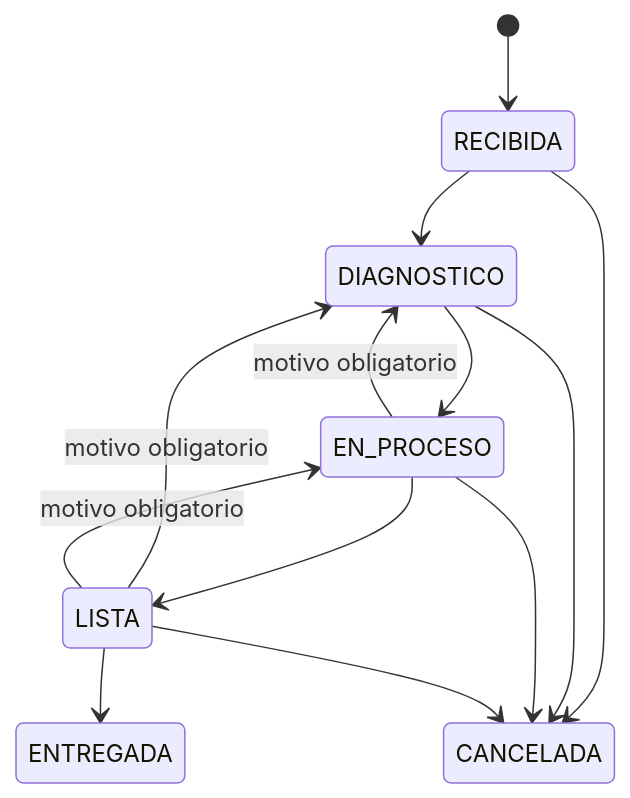
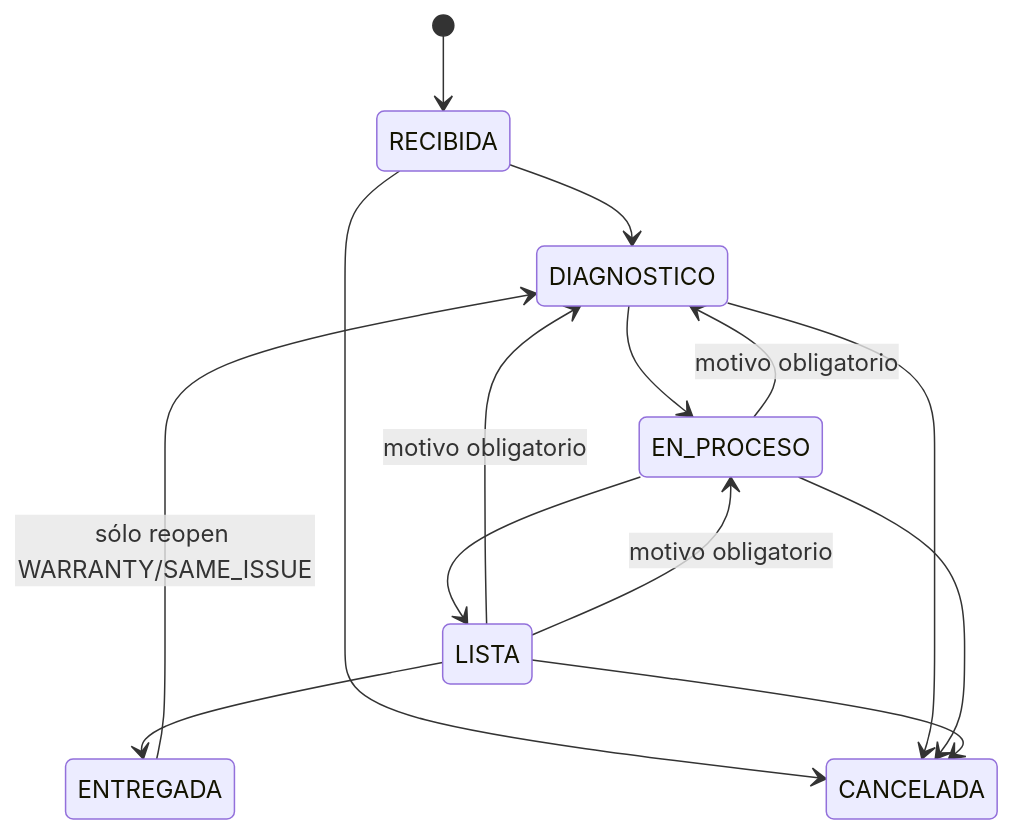
One commit to san7imo/prueba-tecnica-pavas changed the diagram in docs/business-rules.md. Above: the diagram before and after it, drawn with Mermaid. The commit also changed other lines of this file and 22 other files, not shown here.

Commit message:
feat(orders): add audited warranty reopening flow

````diff
--- a/docs/business-rules.md
+++ b/docs/business-rules.md
@@ -10,15 +10,16 @@
 ```mermaid
 stateDiagram-v2
     [*] --> RECIBIDA
     RECIBIDA --> DIAGNOSTICO
     DIAGNOSTICO --> EN_PROCESO
     EN_PROCESO --> LISTA
     LISTA --> ENTREGADA
     EN_PROCESO --> DIAGNOSTICO: motivo obligatorio
     LISTA --> DIAGNOSTICO: motivo obligatorio
     LISTA --> EN_PROCESO: motivo obligatorio
     RECIBIDA --> CANCELADA
     DIAGNOSTICO --> CANCELADA
     EN_PROCESO --> CANCELADA
     LISTA --> CANCELADA
+    ENTREGADA --> DIAGNOSTICO: sólo reopen WARRANTY/SAME_ISSUE
 ```
````
